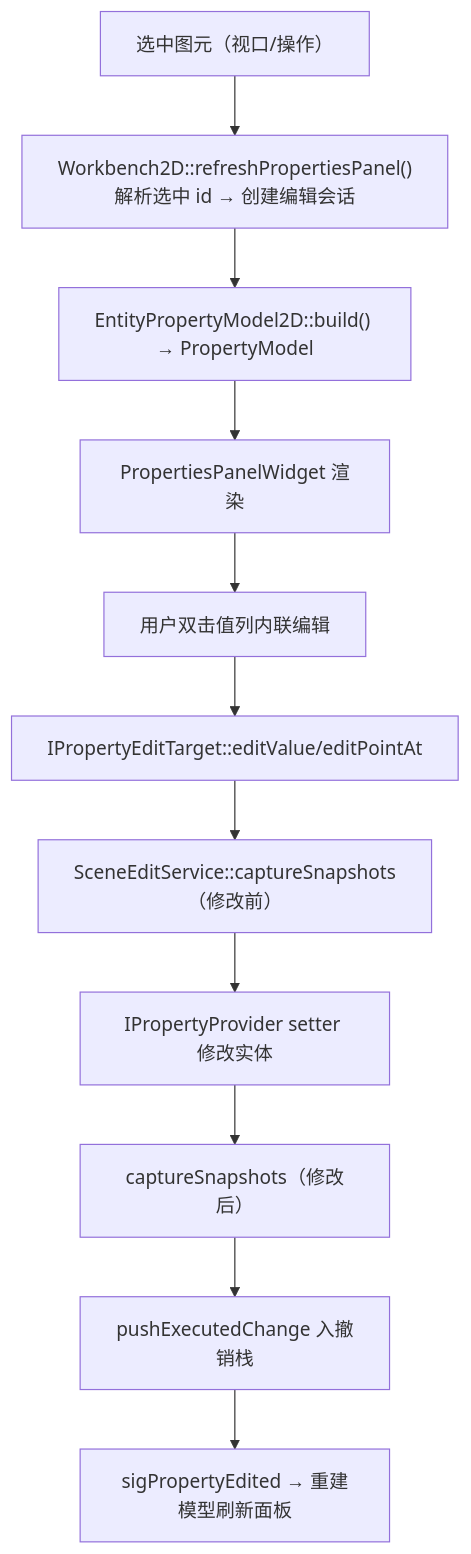
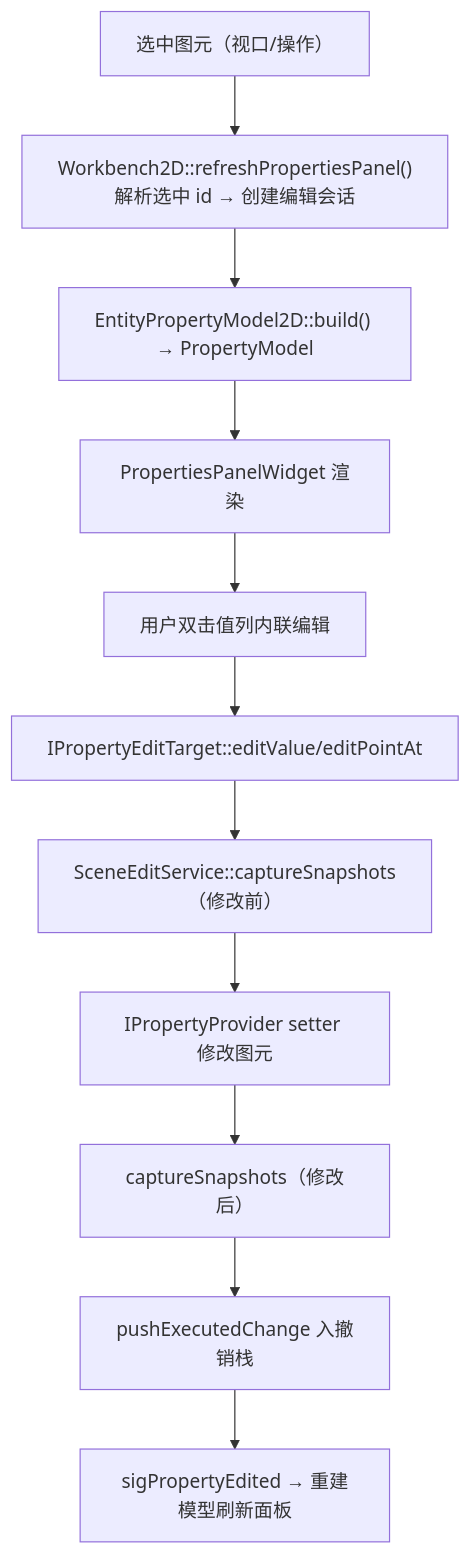
One commit to yulinxx/CAD changed diagram 12 of 16 in Docs/01-当前架构/UI交互流程.md. Above: the diagram before and after it, drawn with Mermaid. The commit also changed 56 other files, not shown here.

````diff
--- a/Docs/01-当前架构/UI交互流程.md
+++ b/Docs/01-当前架构/UI交互流程.md
@@ -296,13 +296,13 @@
 ```mermaid
 flowchart TD
     Sel["选中图元（视口/操作）"] --> Bind["Workbench2D::refreshPropertiesPanel()<br/>解析选中 id → 创建编辑会话"]
     Bind --> Model["EntityPropertyModel2D::build() → PropertyModel"]
     Model --> Render["PropertiesPanelWidget 渲染"]
     Render --> Edit["用户双击值列内联编辑"]
     Edit --> Target["IPropertyEditTarget::editValue/editPointAt"]
     Target --> Snap["SceneEditService::captureSnapshots（修改前）"]
-    Snap --> Set["IPropertyProvider setter 修改实体"]
+    Snap --> Set["IPropertyProvider setter 修改图元"]
     Set --> Snap2["captureSnapshots（修改后）"]
     Snap2 --> Push["pushExecutedChange 入撤销栈"]
     Push --> Rebuild["sigPropertyEdited → 重建模型刷新面板"]
 ```
````
